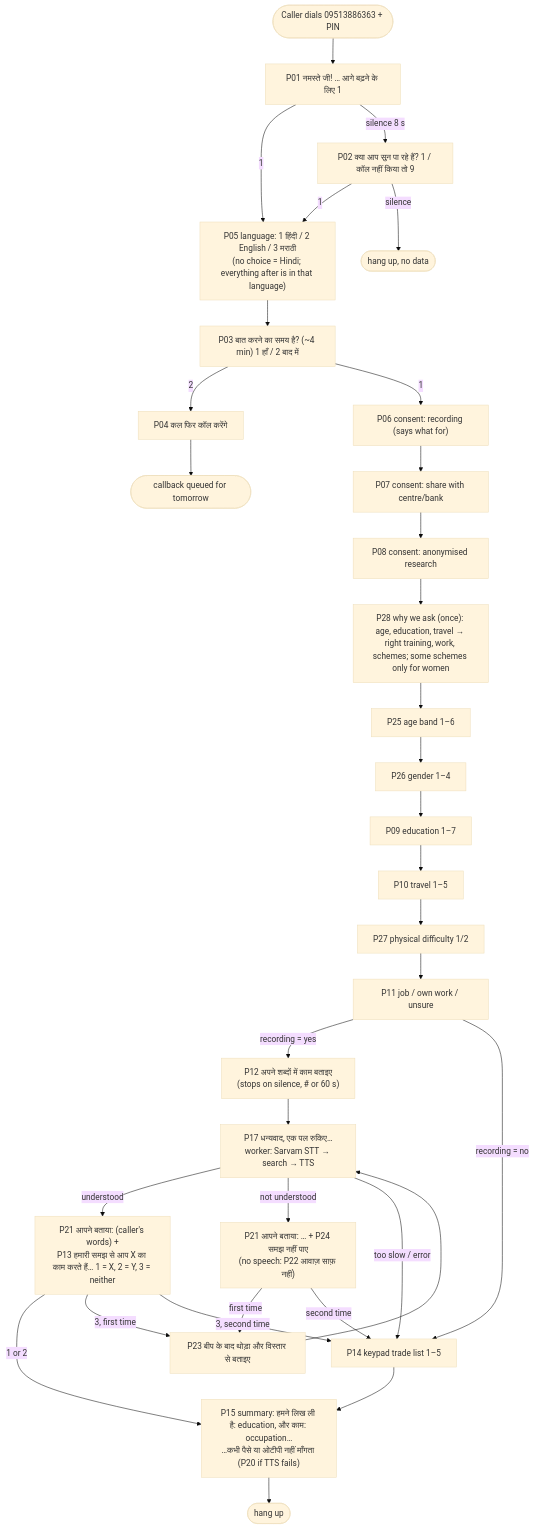
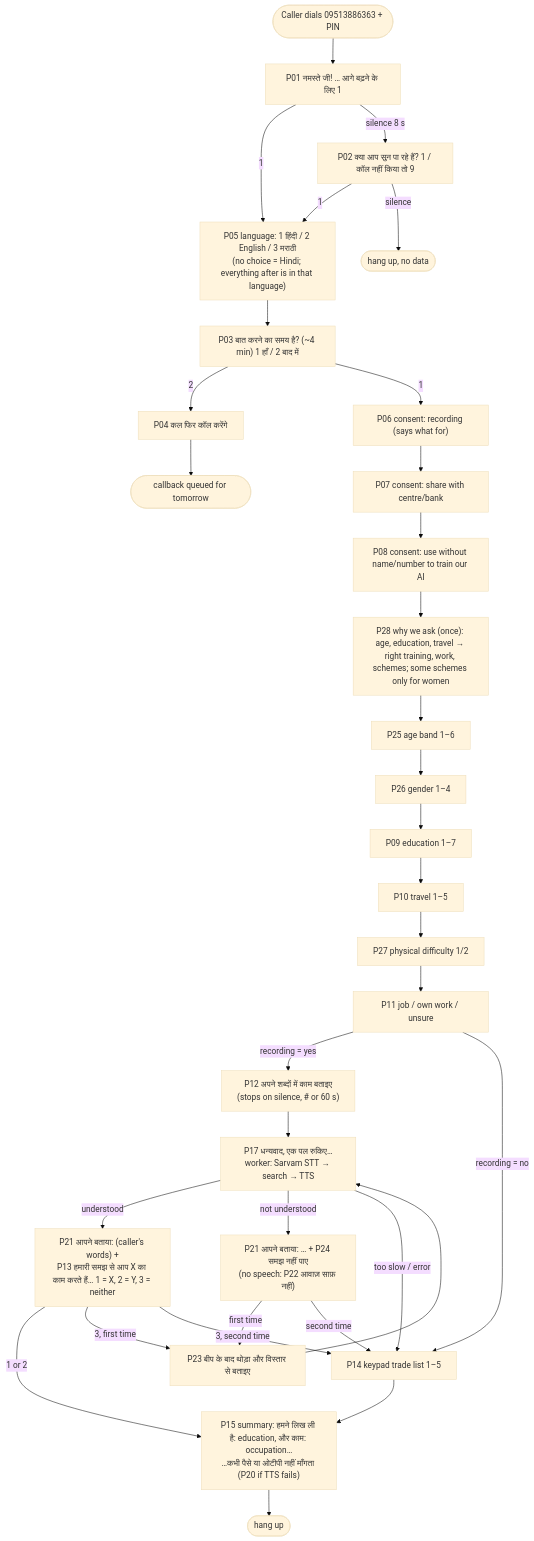
Before and after one commit to sakshamagrawalcode-cpu/hunarvaani: the second of 2 diagrams in docs/HANDOFF.md, drawn with Mermaid (base theme). The commit also changed other lines of this file and 4 other files, not shown here.

````diff
--- a/docs/HANDOFF.md
+++ b/docs/HANDOFF.md
@@ -115,26 +115,26 @@
 ```mermaid
 flowchart TD
     A([Caller dials 09513886363 + PIN]) --> P01["P01 नमस्ते जी! … आगे बढ़ने के लिए 1"]
     P01 -- 1 --> P05["P05 language: 1 हिंदी / 2 English / 3 मराठी<br/>(no choice = Hindi; everything after is in that language)"]
     P01 -- "silence 8 s" --> P02["P02 क्या आप सुन पा रहे हैं? 1 / कॉल नहीं किया तो 9"]
     P02 -- 1 --> P05
     P02 -- "silence" --> END0([hang up, no data])
     P05 --> P03["P03 बात करने का समय है? (~4 min) 1 हाँ / 2 बाद में"]
     P03 -- 2 --> P04["P04 कल फिर कॉल करेंगे"] --> CB([callback queued for tomorrow])
-    P03 -- 1 --> P06["P06 consent: recording (says what for)"] --> P07["P07 consent: share with centre/bank"] --> P08["P08 consent: anonymised research"]
+    P03 -- 1 --> P06["P06 consent: recording (says what for)"] --> P07["P07 consent: share with centre/bank"] --> P08["P08 consent: use without name/number to train our AI"]
     P08 --> P28["P28 why we ask (once): age, education, travel → right training, work, schemes; some schemes only for women"] --> P25["P25 age band 1–6"] --> P26["P26 gender 1–4"]
     P26 --> P09["P09 education 1–7"] --> P10["P10 travel 1–5"] --> P27["P27 physical difficulty 1/2"] --> P11["P11 job / own work / unsure"]
     P11 -- "recording = yes" --> P12["P12 अपने शब्दों में काम बताइए<br/>(stops on silence, # or 60 s)"]
     P11 -- "recording = no" --> P14
     P12 --> P17["P17 धन्यवाद, एक पल रुकिए…<br/>worker: Sarvam STT → search → TTS"]
     P17 -- "understood" --> P13["P21 आपने बताया: (caller's words) +<br/>P13 हमारी समझ से आप X का काम करते हैं… 1 = X, 2 = Y, 3 = neither"]
     P17 -- "not understood" --> RETRY["P21 आपने बताया: … + P24 समझ नहीं पाए<br/>(no speech: P22 आवाज़ साफ़ नहीं)"]
     RETRY -- "first time" --> P23["P23 बीप के बाद थोड़ा और विस्तार से बताइए"] --> P17
     RETRY -- "second time" --> P14
     P17 -- "too slow / error" --> P14["P14 keypad trade list 1–5"]
     P13 -- "1 or 2" --> P15
     P13 -- "3, first time" --> P23
     P13 -- "3, second time" --> P14
     P14 --> P15["P15 summary: हमने लिख ली है: education, और काम: occupation…<br/>…कभी पैसे या ओटीपी नहीं माँगता (P20 if TTS fails)"]
     P15 --> END([hang up])
 ```
````
